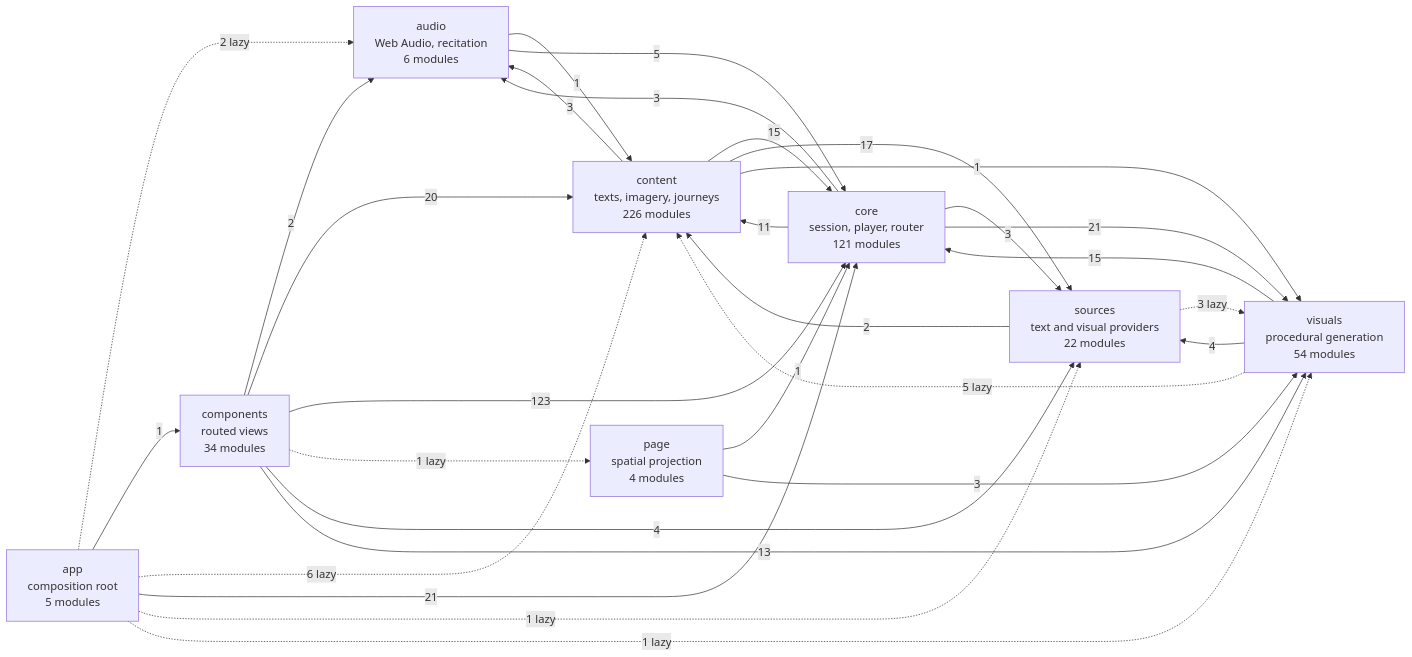
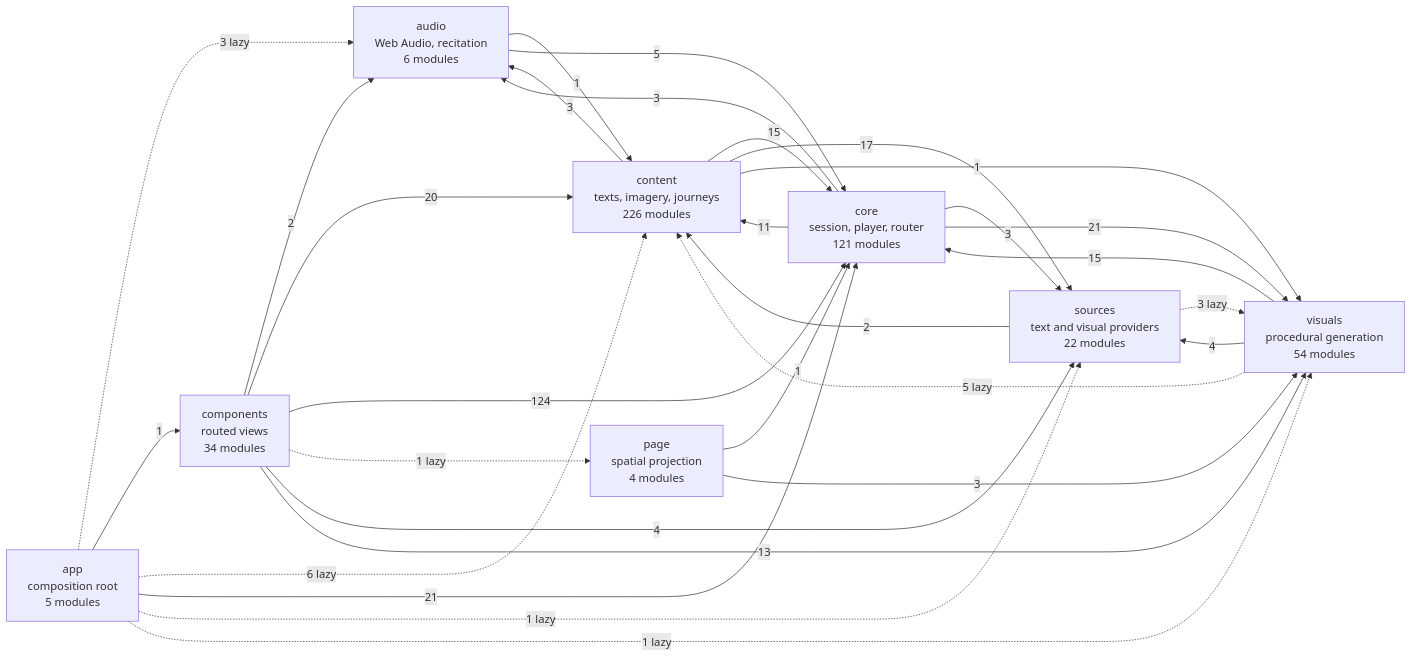
The diagram in docs/specs/ARCHITECTURE.md (SyberLabs/RISE), drawn with Mermaid before and after one commit. The commit also changed 9 other files, not shown here.

````diff
--- a/docs/specs/ARCHITECTURE.md
+++ b/docs/specs/ARCHITECTURE.md
@@ -149,41 +149,41 @@
 ```mermaid
 flowchart LR
     app["app<br/>composition root<br/>5 modules"]
     audio["audio<br/>Web Audio, recitation<br/>6 modules"]
     components["components<br/>routed views<br/>34 modules"]
     content["content<br/>texts, imagery, journeys<br/>226 modules"]
     core["core<br/>session, player, router<br/>121 modules"]
     page["page<br/>spatial projection<br/>4 modules"]
     sources["sources<br/>text and visual providers<br/>22 modules"]
     visuals["visuals<br/>procedural generation<br/>54 modules"]
 
-    app -.-> |2 lazy| audio
+    app -.-> |3 lazy| audio
     app --> |1| components
     app -.-> |6 lazy| content
     app --> |21| core
     app -.-> |1 lazy| sources
     app -.-> |1 lazy| visuals
     audio --> |1| content
     audio --> |5| core
     components --> |2| audio
     components --> |20| content
-    components --> |123| core
+    components --> |124| core
     components -.-> |1 lazy| page
     components --> |4| sources
     components --> |13| visuals
     content --> |3| audio
     content --> |15| core
     content --> |17| sources
     content --> |1| visuals
     core --> |3| audio
     core --> |11| content
     core --> |3| sources
     core --> |21| visuals
     page --> |1| core
     page --> |3| visuals
     sources --> |2| content
     sources -.-> |3 lazy| visuals
     visuals -.-> |5 lazy| content
     visuals --> |15| core
     visuals --> |4| sources
 ```
````
